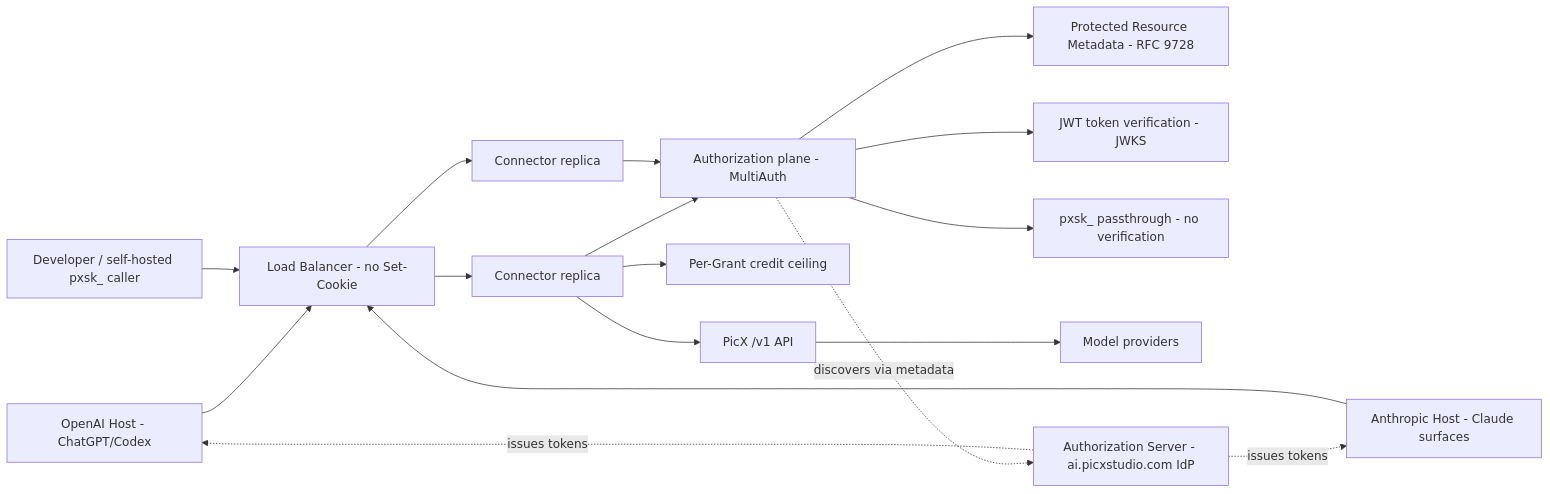
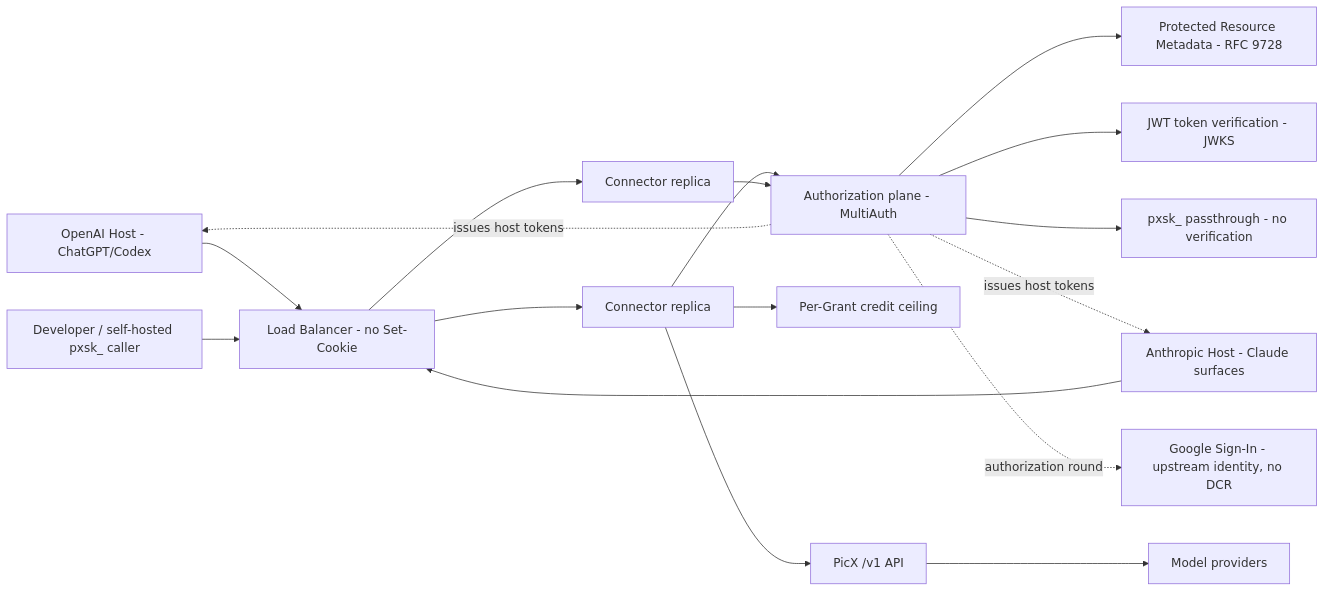
One commit to Type-Think-AI/picx-mcp changed the diagram in .kiro/specs/official-plugin-directory/design.md. Above: the diagram before and after it, drawn with Mermaid. The commit also changed other lines of this file and 2 other files, not shown here.

First line of the commit message:
docs(spec): decide authorization topology — OAuthProxy over Google upstream

````diff
--- a/.kiro/specs/official-plugin-directory/design.md
+++ b/.kiro/specs/official-plugin-directory/design.md
@@ -26,19 +30,19 @@
 ```mermaid
 flowchart LR
   OAIHost[OpenAI Host - ChatGPT/Codex] --> LB[Load Balancer - no Set-Cookie]
   AnthHost[Anthropic Host - Claude surfaces] --> LB
   DevKey[Developer / self-hosted pxsk_ caller] --> LB
   LB --> R1[Connector replica]
   LB --> R2[Connector replica]
   R1 --> Auth[Authorization plane - MultiAuth]
   R2 --> Auth
   Auth --> PRM[Protected Resource Metadata - RFC 9728]
   Auth --> Verify[JWT token verification - JWKS]
   Auth --> Passthru[pxsk_ passthrough - no verification]
   R1 --> Ceiling[Per-Grant credit ceiling]
   R1 --> V1[PicX /v1 API]
   V1 --> Provider[Model providers]
-  AS[Authorization Server - ai.picxstudio.com IdP] -.issues tokens.-> OAIHost
-  AS -.issues tokens.-> AnthHost
-  Auth -.discovers via metadata.-> AS
+  Auth -.issues host tokens.-> OAIHost
+  Auth -.issues host tokens.-> AnthHost
+  Auth -.authorization round.-> Upstream[Google Sign-In - upstream identity, no DCR]
 ```
````
